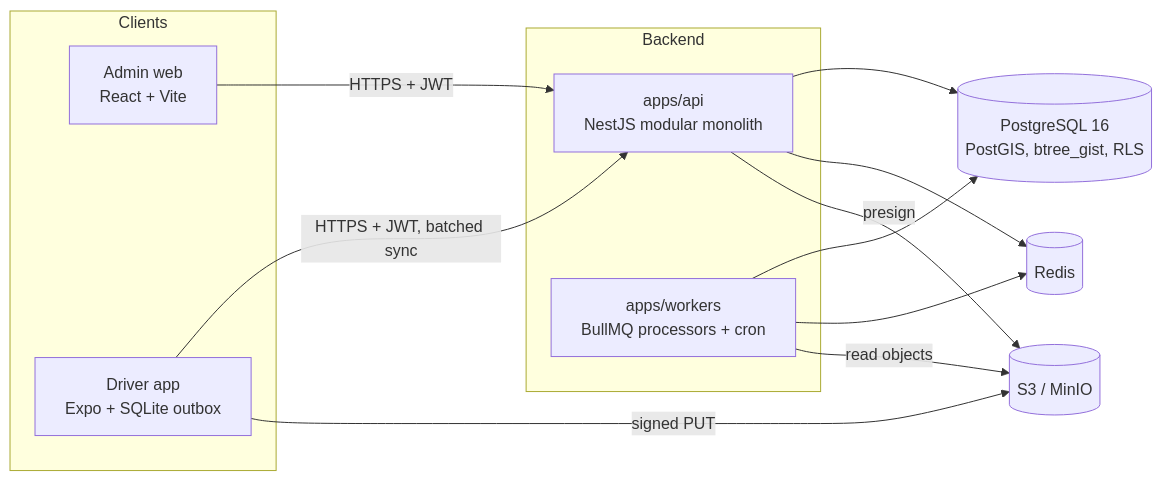
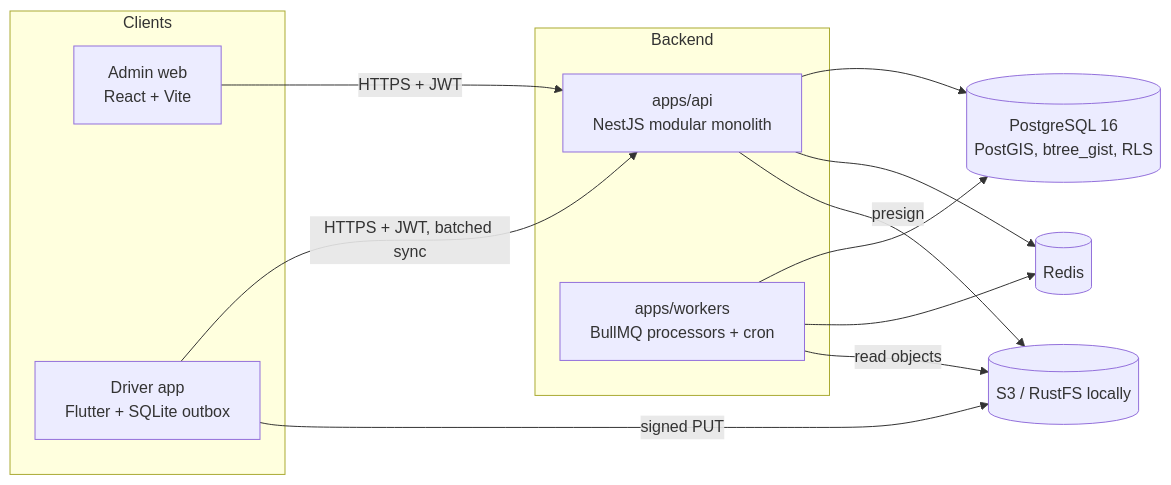
Before and after one commit to hritambh/taxcy: the first of 2 diagrams in docs/architecture.md, drawn with Mermaid. The commit also changed other lines of this file and 14 other files, not shown here.

First line of the commit message:
docs: update for bun, Flutter driver app, RustFS and M0.1 status

````diff
--- a/docs/architecture.md
+++ b/docs/architecture.md
@@ -5,24 +5,24 @@
 ```mermaid
 flowchart LR
   subgraph Clients
     AW[Admin web<br/>React + Vite]
-    DA[Driver app<br/>Expo + SQLite outbox]
+    DA[Driver app<br/>Flutter + SQLite outbox]
   end
   subgraph Backend
     API[apps/api<br/>NestJS modular monolith]
     WK[apps/workers<br/>BullMQ processors + cron]
   end
   PG[(PostgreSQL 16<br/>PostGIS, btree_gist, RLS)]
   RD[(Redis)]
-  S3[(S3 / MinIO)]
+  S3[(S3 / RustFS locally)]
 
   AW -- HTTPS + JWT --> API
   DA -- HTTPS + JWT, batched sync --> API
   DA -- signed PUT --> S3
   API --> PG
   API --> RD
   API -- presign --> S3
   WK --> PG
   WK --> RD
   WK -- read objects --> S3
 ```
````
